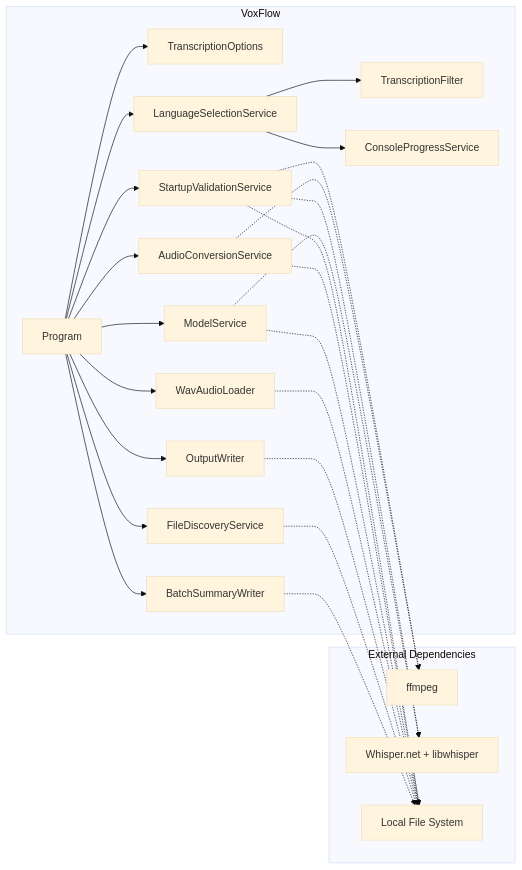
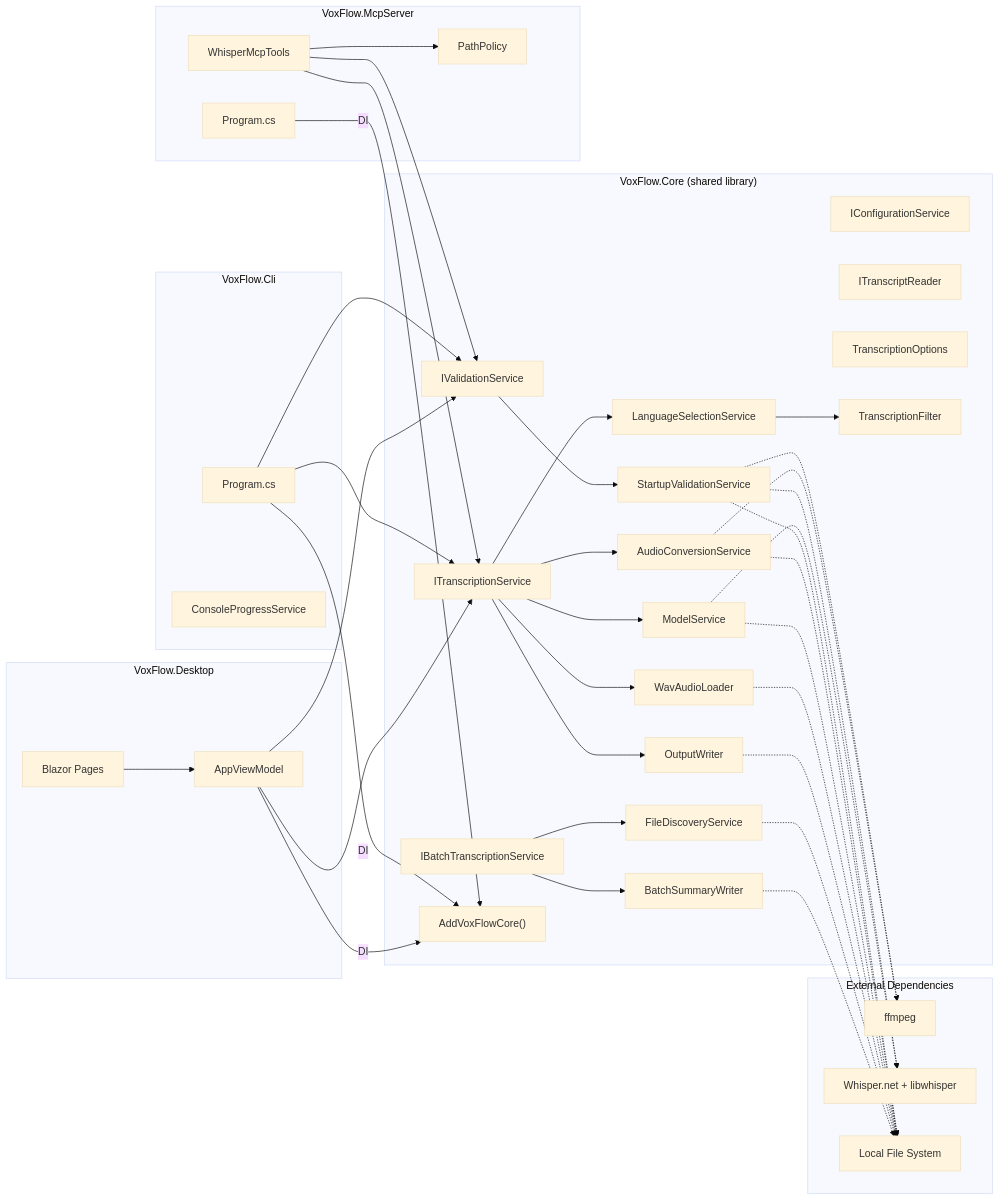
Before and after one commit to artemsemdev/VoxFlow: the diagram in docs/architecture/03-component-view.md, drawn with Mermaid (base theme). The commit also changed other lines of this file and 7 other files, not shown here.

Commit message:
docs: update all architecture documents for Phase 1 multi-host architecture

````diff
--- a/docs/architecture/03-component-view.md
+++ b/docs/architecture/03-component-view.md
@@ -7,47 +7,79 @@
 ```mermaid
 flowchart LR
-    subgraph Host["VoxFlow"]
-        program["Program"]
+    subgraph Core["VoxFlow.Core (shared library)"]
+        iTranscription["ITranscriptionService"]
+        iValidation["IValidationService"]
+        iConfig["IConfigurationService"]
+        iBatch["IBatchTranscriptionService"]
+        iReader["ITranscriptReader"]
+        addcore["AddVoxFlowCore()"]
+
         config["TranscriptionOptions"]
         startup["StartupValidationService"]
         convert["AudioConversionService"]
         modelsvc["ModelService"]
         loader["WavAudioLoader"]
         select["LanguageSelectionService"]
         filter["TranscriptionFilter"]
-        progress["ConsoleProgressService"]
         output["OutputWriter"]
         discovery["FileDiscoveryService"]
         summary["BatchSummaryWriter"]
+    end
+
+    subgraph Cli["VoxFlow.Cli"]
+        cli_program["Program.cs"]
+        cli_progress["ConsoleProgressService"]
+    end
+
+    subgraph Mcp["VoxFlow.McpServer"]
+        mcp_program["Program.cs"]
+        mcp_tools["WhisperMcpTools"]
+        mcp_pathpolicy["PathPolicy"]
+    end
+
+    subgraph Desktop["VoxFlow.Desktop"]
+        desktop_vm["AppViewModel"]
+        desktop_pages["Blazor Pages"]
     end
 
     subgraph External["External Dependencies"]
         ffmpeg["ffmpeg"]
         whisper["Whisper.net + libwhisper"]
         files["Local File System"]
     end
 
-    program --> config
-    program --> startup
-    program --> convert
-    program --> modelsvc
-    program --> loader
-    program --> select
-    program --> discovery
-    program --> summary
+    cli_program -->|DI| addcore
+    mcp_program -->|DI| addcore
+    desktop_vm -->|DI| addcore
+
+    cli_program --> iTranscription
+    cli_program --> iValidation
+    mcp_tools --> iTranscription
+    mcp_tools --> iValidation
+    mcp_tools --> mcp_pathpolicy
+    desktop_vm --> iTranscription
+    desktop_vm --> iValidation
+    desktop_pages --> desktop_vm
+
+    iTranscription --> convert
+    iTranscription --> modelsvc
+    iTranscription --> loader
+    iTranscription --> select
+    iTranscription --> output
+    iValidation --> startup
+    iBatch --> discovery
+    iBatch --> summary
     select --> filter
-    select --> progress
-    program --> output
 
     startup -.-> files
     startup -.-> ffmpeg
     startup -.-> whisper
     convert -.-> ffmpeg
     convert -.-> files
     modelsvc -.-> files
     modelsvc -.-> whisper
     loader -.-> files
     output -.-> files
     discovery -.-> files
     summary -.-> files
 ```
````
